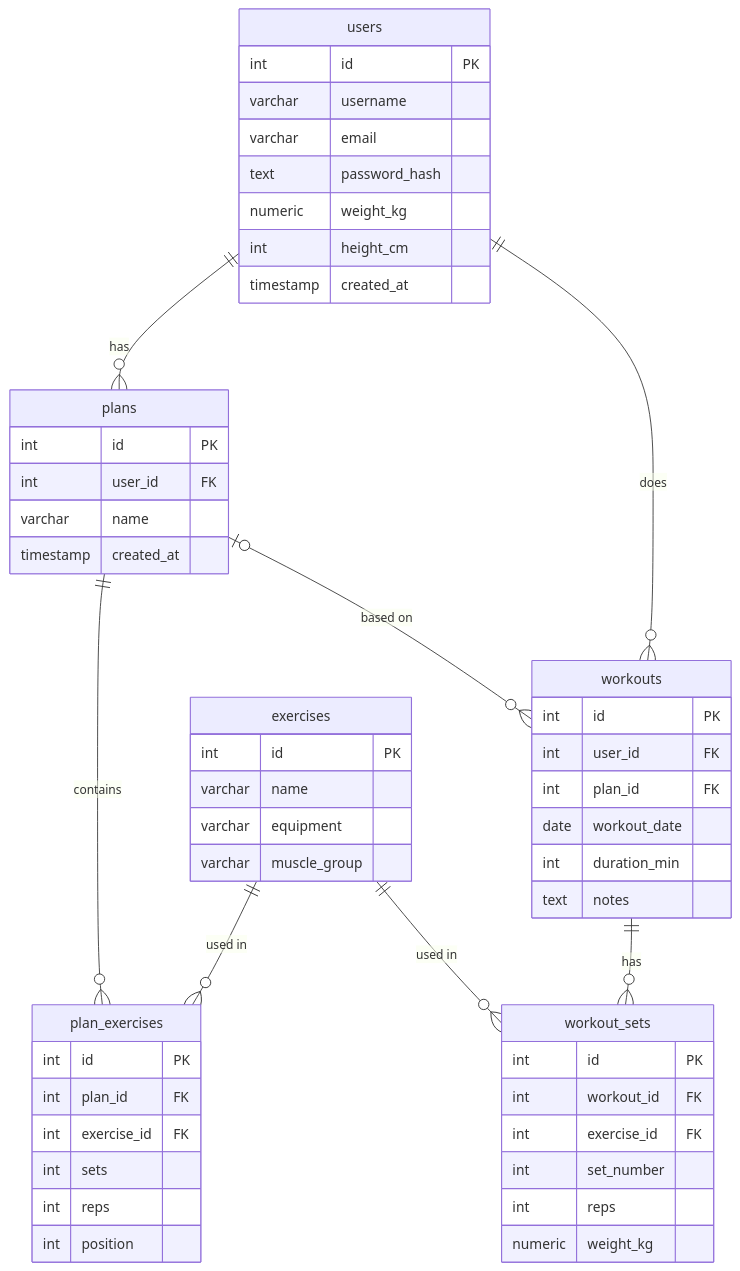
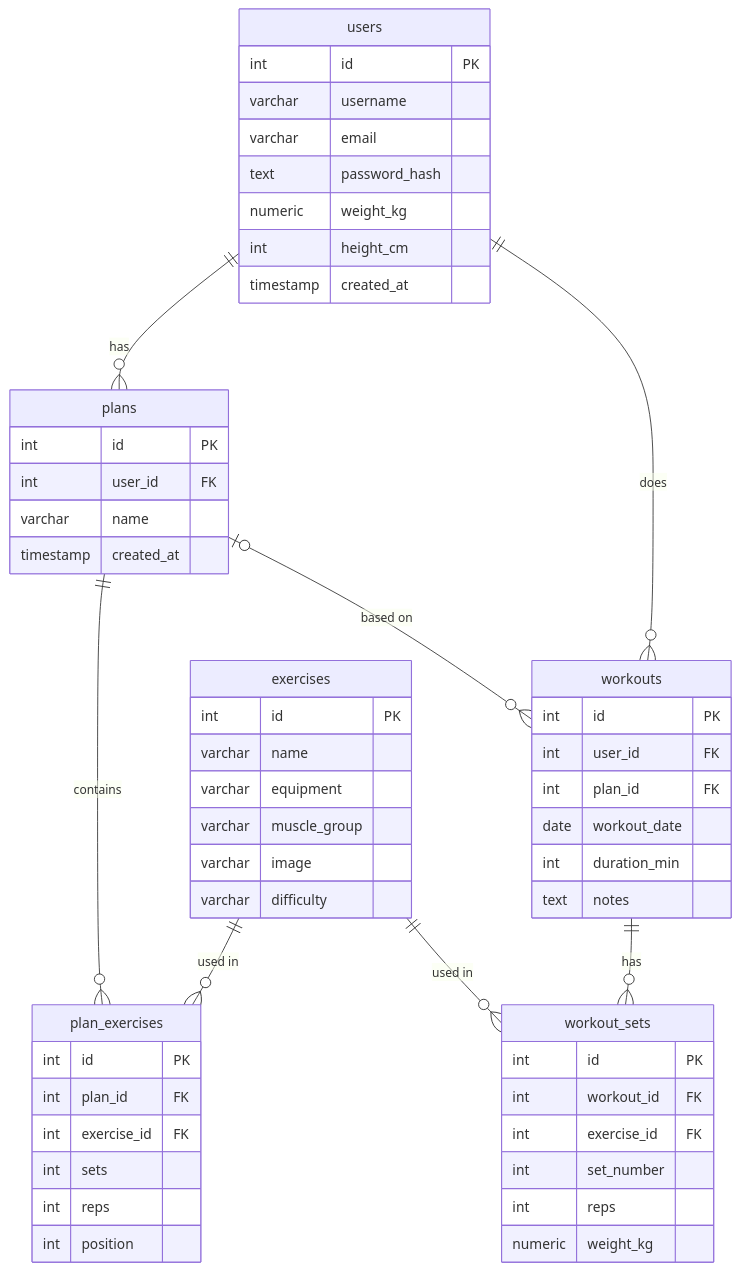
One commit to JacobPlusPlus/gym-app changed the diagram in docs/database.md. Above: the diagram before and after it, drawn with Mermaid. The commit also changed other lines of this file and 2 other files, not shown here.

````diff
--- a/docs/database.md
+++ b/docs/database.md
@@ -93,56 +98,58 @@
 ```mermaid
 erDiagram
     users ||--o{ plans : "has"
     users ||--o{ workouts : "does"
     plans ||--o{ plan_exercises : "contains"
     exercises ||--o{ plan_exercises : "used in"
     plans |o--o{ workouts : "based on"
     workouts ||--o{ workout_sets : "has"
     exercises ||--o{ workout_sets : "used in"
 
     users {
         int id PK
         varchar username
         varchar email
         text password_hash
         numeric weight_kg
         int height_cm
         timestamp created_at
     }
     exercises {
         int id PK
         varchar name
         varchar equipment
         varchar muscle_group
+        varchar image
+        varchar difficulty
     }
     plans {
         int id PK
         int user_id FK
         varchar name
         timestamp created_at
     }
     plan_exercises {
         int id PK
         int plan_id FK
         int exercise_id FK
         int sets
         int reps
         int position
     }
     workouts {
         int id PK
         int user_id FK
         int plan_id FK
         date workout_date
         int duration_min
         text notes
     }
     workout_sets {
         int id PK
         int workout_id FK
         int exercise_id FK
         int set_number
         int reps
         numeric weight_kg
     }
 ```
````
